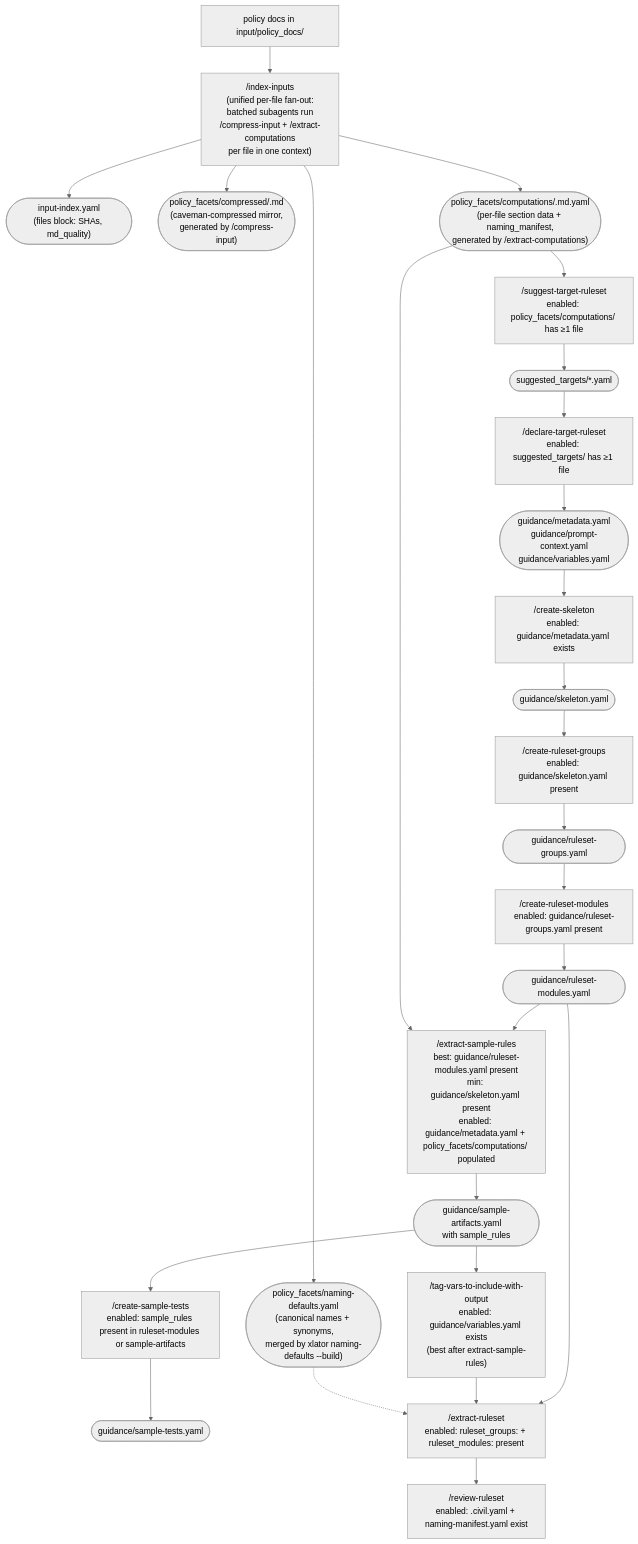
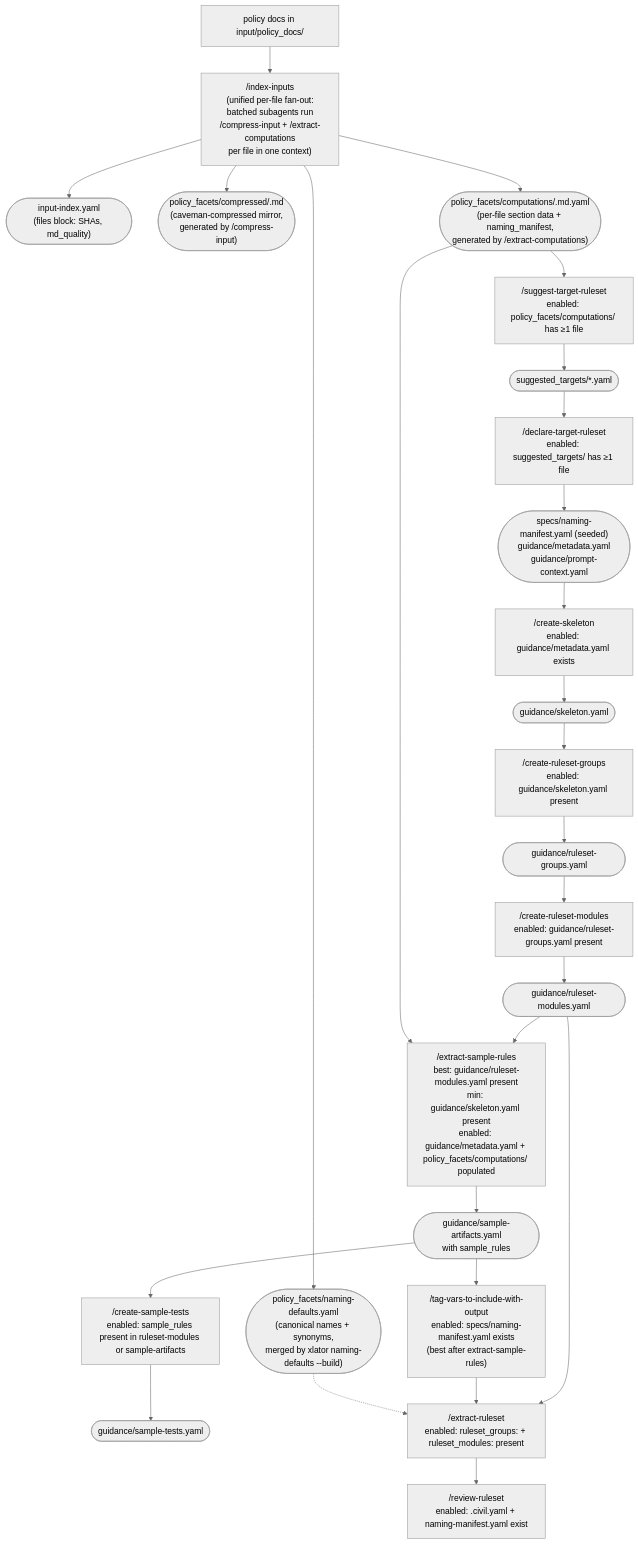
One commit to navapbc/lockpicks-xlator-plugin changed the diagram in xl-plugin/CLAUDE.md. Above: the diagram before and after it, drawn with Mermaid (neutral theme). The commit also changed other lines of this file and 3 other files, not shown here.

Commit message:
feat(docs): authority-chain semantics + skill diagram + v7.0.0 architecture note (U10)

````diff
--- a/xl-plugin/CLAUDE.md
+++ b/xl-plugin/CLAUDE.md
@@ -90,49 +90,49 @@
 ```mermaid
 flowchart TD
     DOCS["policy docs in input/policy_docs/"]
     IDX_CMD["/index-inputs\n(unified per-file fan-out:\nbatched subagents run\n/compress-input + /extract-computations\nper file in one context)"]
     IDX_META(["input-index.yaml\n(files block: SHAs, md_quality)"])
     IDX_COMPRESSED(["policy_facets/compressed/<rel>.md\n(caveman-compressed mirror,\ngenerated by /compress-input)"])
     IDX_COMPS(["policy_facets/computations/<rel>.md.yaml\n(per-file section data + naming_manifest,\ngenerated by /extract-computations)"])
     IDX_NAMING(["policy_facets/naming-defaults.yaml\n(canonical names + synonyms,\nmerged by xlator naming-defaults --build)"])
 
     DOCS --> IDX_CMD --> IDX_META
     IDX_CMD --> IDX_COMPRESSED
     IDX_CMD --> IDX_COMPS
     IDX_CMD --> IDX_NAMING
 
     SUG["/suggest-target-ruleset\nenabled: policy_facets/computations/ has ≥1 file"]
     SUG_F(["suggested_targets/*.yaml"])
     DECL["/declare-target-ruleset\nenabled: suggested_targets/ has ≥1 file"]
-    GY(["guidance/metadata.yaml\nguidance/prompt-context.yaml\nguidance/variables.yaml"])
+    GY(["specs/naming-manifest.yaml (seeded)\nguidance/metadata.yaml\nguidance/prompt-context.yaml"])
 
     IDX_COMPS --> SUG --> SUG_F --> DECL --> GY
 
     SKEL["/create-skeleton\nenabled: guidance/metadata.yaml exists"]
     GY_SKEL(["guidance/skeleton.yaml"])
     GROUPS["/create-ruleset-groups\nenabled: guidance/skeleton.yaml present"]
     GY_GROUPS(["guidance/ruleset-groups.yaml"])
     MODS["/create-ruleset-modules\nenabled: guidance/ruleset-groups.yaml present"]
 
     GY --> SKEL --> GY_SKEL --> GROUPS --> GY_GROUPS --> MODS
 
     GY_MODS(["guidance/ruleset-modules.yaml"])
     SAMPLERULES["/extract-sample-rules\nbest: guidance/ruleset-modules.yaml present\nmin: guidance/skeleton.yaml present\nenabled: guidance/metadata.yaml + policy_facets/computations/ populated"]
     GY_RULES(["guidance/sample-artifacts.yaml\nwith sample_rules"])
-    TAGVARS["/tag-vars-to-include-with-output\nenabled: guidance/variables.yaml exists\n(best after extract-sample-rules)"]
+    TAGVARS["/tag-vars-to-include-with-output\nenabled: specs/naming-manifest.yaml exists\n(best after extract-sample-rules)"]
     SAMPLETESTS["/create-sample-tests\nenabled: sample_rules present in ruleset-modules or sample-artifacts"]
     GY_SAMPLETESTS(["guidance/sample-tests.yaml"])
 
     MODS --> GY_MODS --> SAMPLERULES
     IDX_COMPS --> SAMPLERULES
     SAMPLERULES --> GY_RULES --> TAGVARS
     GY_RULES --> SAMPLETESTS --> GY_SAMPLETESTS
 
     EXTRACT["/extract-ruleset\nenabled: ruleset_groups: + ruleset_modules: present"]
     REVIEW["/review-ruleset\nenabled: <program>.civil.yaml + naming-manifest.yaml exist"]
 
     GY_MODS --> EXTRACT
     TAGVARS --> EXTRACT
     IDX_NAMING -.-> EXTRACT
     EXTRACT --> REVIEW
 ```
````
